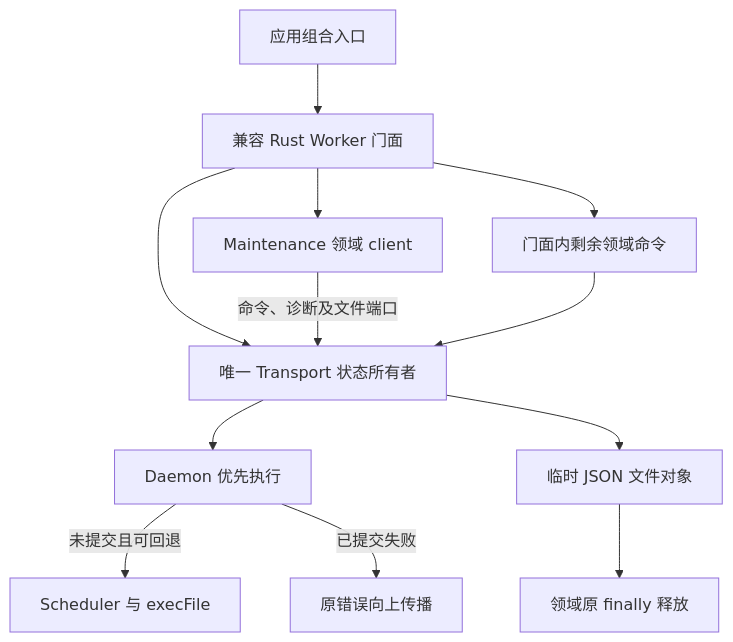
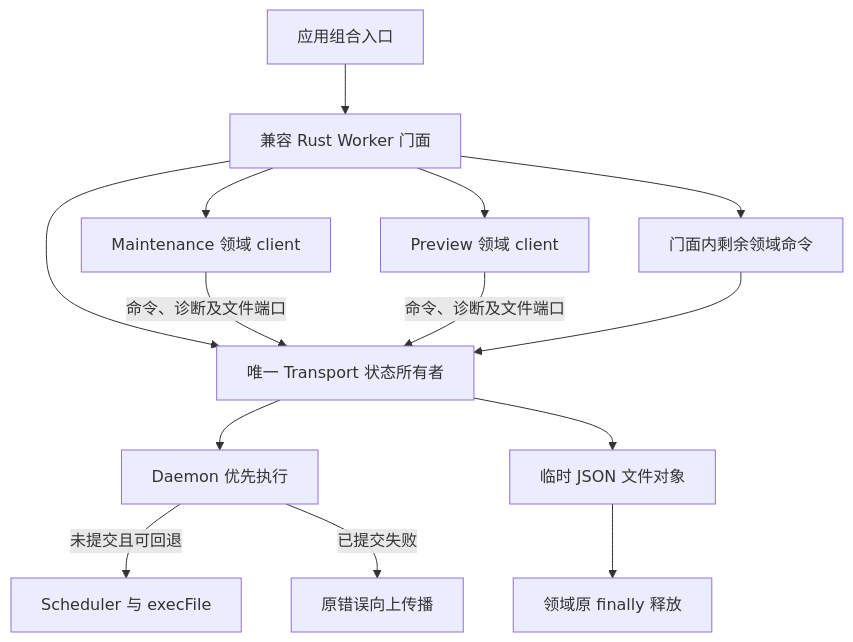
The diagram in docs/plans/HFM_STAGE_05_RUST_WORKER_TASKBOOK.md (uniquenesssta/99), drawn with Mermaid before and after one commit. The commit also changed other lines of this file and 5 other files, not shown here.

Commit message:
refactor(rust): extract preview client (AT-5.3.2)

````diff
--- a/docs/plans/HFM_STAGE_05_RUST_WORKER_TASKBOOK.md
+++ b/docs/plans/HFM_STAGE_05_RUST_WORKER_TASKBOOK.md
@@ -98,14 +98,16 @@
 ```mermaid
 flowchart TD
   A["应用组合入口"] --> F["兼容 Rust Worker 门面"]
   F --> T["唯一 Transport 状态所有者"]
   F --> C0["Maintenance 领域 client"]
   C0 -->|"命令、诊断及文件端口"| T
+  F --> C1["Preview 领域 client"]
+  C1 -->|"命令、诊断及文件端口"| T
   F --> R["门面内剩余领域命令"]
   R --> T
   T --> D["Daemon 优先执行"]
   D -->|"未提交且可回退"| S["Scheduler 与 execFile"]
   D -->|"已提交失败"| E["原错误向上传播"]
   T --> J["临时 JSON 文件对象"]
   J --> L["领域原 finally 释放"]
 ```
````
